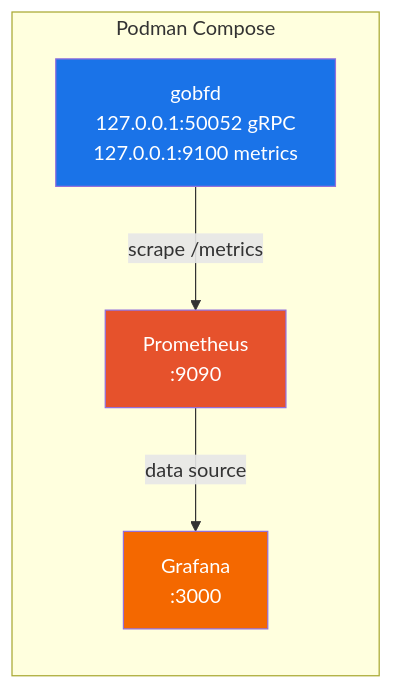
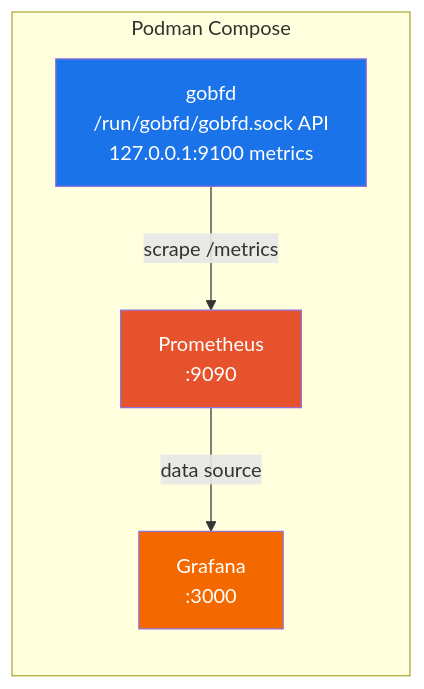
Before and after one commit to dantte-lp/gobfd: the diagram in docs/en/06-deployment.md, drawn with Mermaid. The commit also changed other lines of this file and 55 other files, not shown here.

````diff
--- a/docs/en/06-deployment.md
+++ b/docs/en/06-deployment.md
@@ -252,15 +252,15 @@
 ```mermaid
 graph LR
     subgraph "Podman Compose"
-        G["gobfd<br/>127.0.0.1:50052 gRPC<br/>127.0.0.1:9100 metrics"]
+        G["gobfd<br/>/run/gobfd/gobfd.sock API<br/>127.0.0.1:9100 metrics"]
         P["Prometheus<br/>:9090"]
         GR["Grafana<br/>:3000"]
     end
 
     G -->|scrape /metrics| P
     P -->|data source| GR
 
     style G fill:#1a73e8,color:#fff
     style P fill:#E6522C,color:#fff
     style GR fill:#F46800,color:#fff
 ```
````
